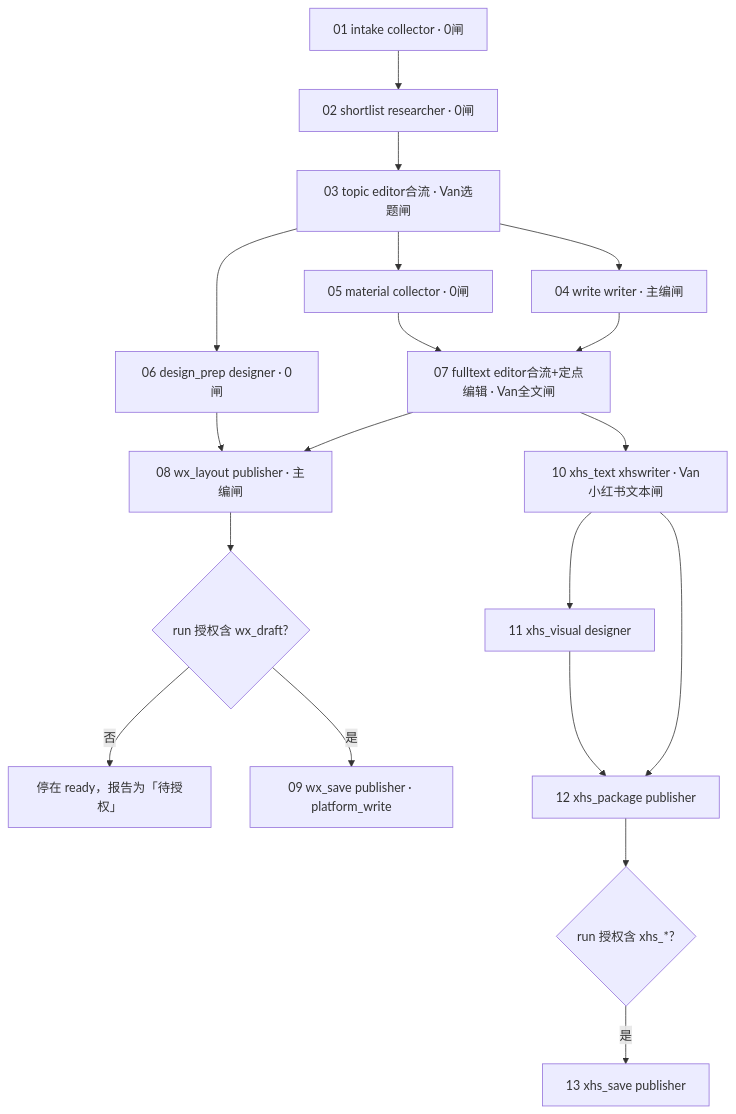
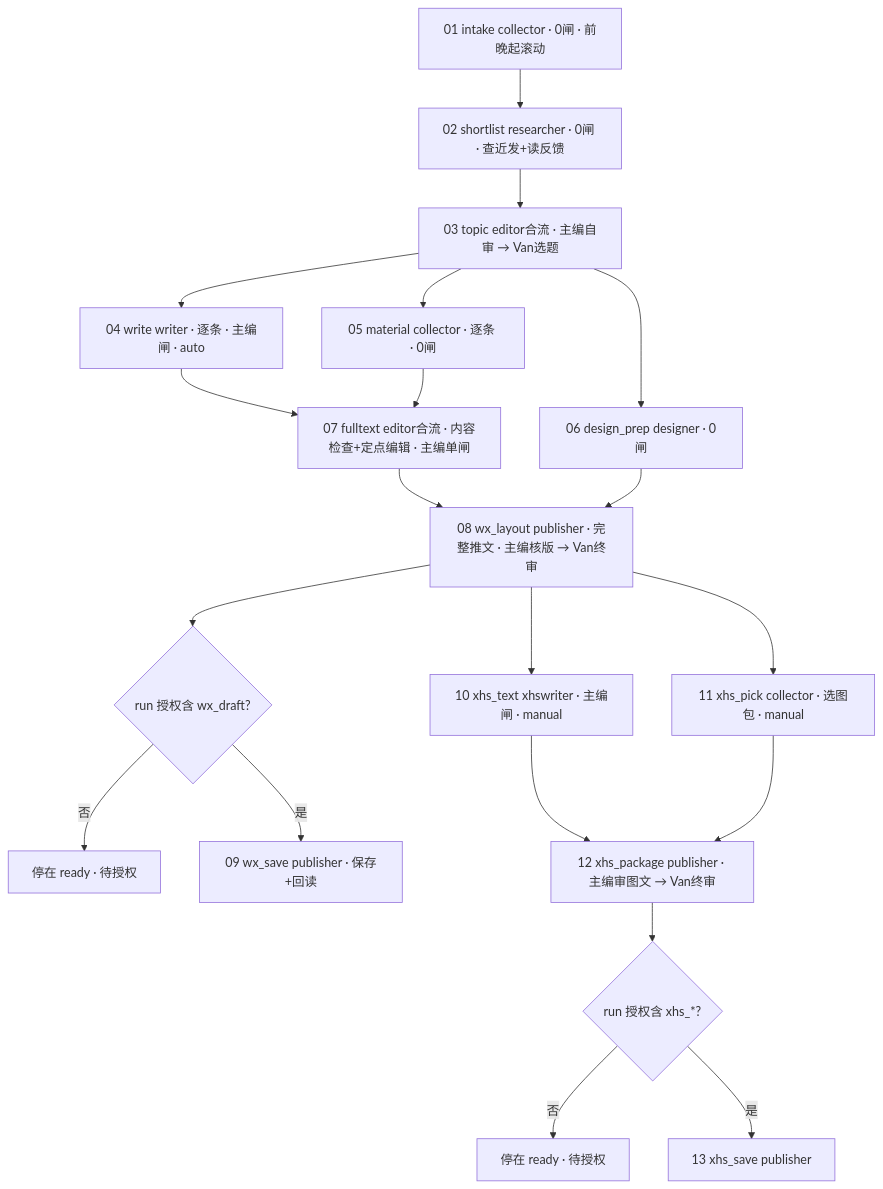
One commit to azure1489/csw-agent-team changed the diagram in docs/新流程改造_整体优化方案_20260915.md. Above: the diagram before and after it, drawn with Mermaid. The commit also changed other lines of this file, not shown here.

First line of the commit message:
docs：方案文档按《0915 改造方案核对反馈》回改——组版前移到 Van 终审前（定义 v3）、小红书改选图包、首期选题改善与效果记录、按日历日期重排、待 Van 确认只剩两个时刻

````diff
--- a/docs/新流程改造_整体优化方案_20260915.md
+++ b/docs/新流程改造_整体优化方案_20260915.md
@@ -79,21 +104,22 @@
 ```mermaid
 flowchart TD
-  A[01 intake collector · 0闸] --> B[02 shortlist researcher · 0闸]
-  B --> C[03 topic editor合流 · Van选题闸]
-  C --> D[04 write writer · 主编闸]
-  C --> E[05 material collector · 0闸]
+  A[01 intake collector · 0闸 · 前晚起滚动] --> B[02 shortlist researcher · 0闸 · 查近发+读反馈]
+  B --> C[03 topic editor合流 · 主编自审 → Van选题]
+  C --> D[04 write writer · 逐条 · 主编闸 · auto]
+  C --> E[05 material collector · 逐条 · 0闸]
   C --> F[06 design_prep designer · 0闸]
-  D --> G[07 fulltext editor合流+定点编辑 · Van全文闸]
+  D --> G[07 fulltext editor合流 · 内容检查+定点编辑 · 主编单闸]
   E --> G
-  G --> H[08 wx_layout publisher · 主编闸]
+  G --> H[08 wx_layout publisher · 完整推文 · 主编核版 → Van终审]
   F --> H
   H --> I{run 授权含 wx_draft?}
-  I -->|否| I0[停在 ready，报告为「待授权」]
-  I -->|是| J[09 wx_save publisher · platform_write]
-  G --> K[10 xhs_text xhswriter · Van小红书文本闸]
-  K --> L[11 xhs_visual designer]
-  K --> M[12 xhs_package publisher]
+  I -->|否| I0[停在 ready · 待授权]
+  I -->|是| J[09 wx_save publisher · 保存+回读]
+  H --> K[10 xhs_text xhswriter · 主编闸 · manual]
+  H --> L[11 xhs_pick collector · 选图包 · manual]
+  K --> M[12 xhs_package publisher · 主编审图文 → Van终审]
   L --> M
   M --> N{run 授权含 xhs_*?}
+  N -->|否| N0[停在 ready · 待授权]
   N -->|是| O[13 xhs_save publisher]
 ```
````
